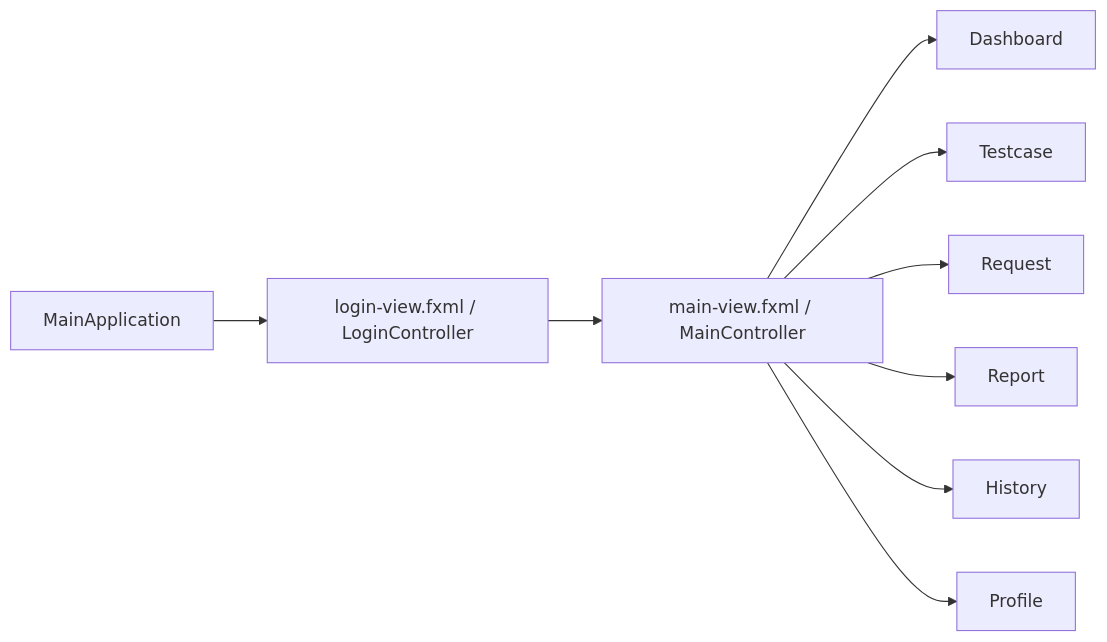
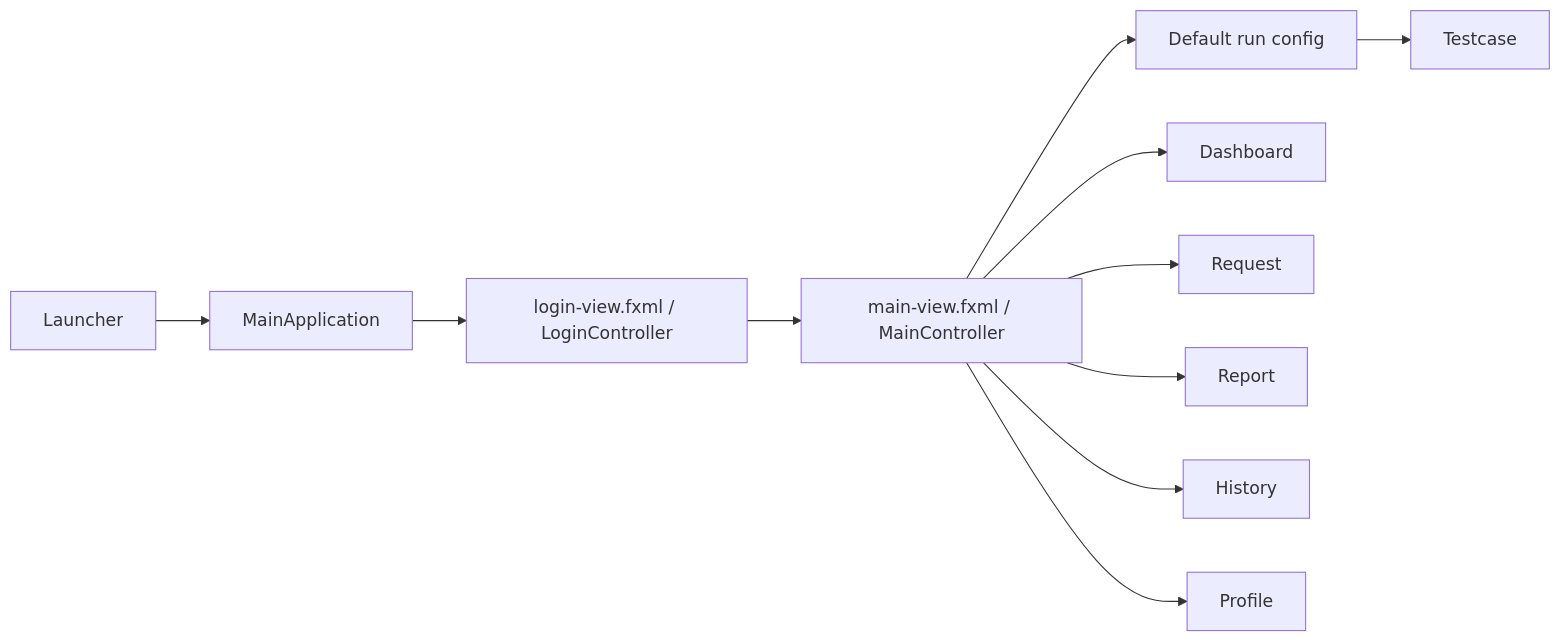
The first of 3 diagrams in docs/ARCHITECTURE.md (leviettien61251/api-test-app), drawn with Mermaid before and after one commit. The commit also changed other lines of this file and 8 other files, not shown here.

````diff
--- a/docs/ARCHITECTURE.md
+++ b/docs/ARCHITECTURE.md
@@ -48,21 +54,25 @@
 ```mermaid
 flowchart LR
+    launcher["Launcher"]
     app["MainApplication"]
     login["login-view.fxml / LoginController"]
     main["main-view.fxml / MainController"]
+    config["Default run config"]
     dashboard["Dashboard"]
     testcase["Testcase"]
     request["Request"]
     report["Report"]
     history["History"]
     profile["Profile"]
 
+    launcher --> app
     app --> login
     login --> main
     main --> dashboard
-    main --> testcase
+    main --> config
+    config --> testcase
     main --> request
     main --> report
     main --> history
     main --> profile
 ```
````
